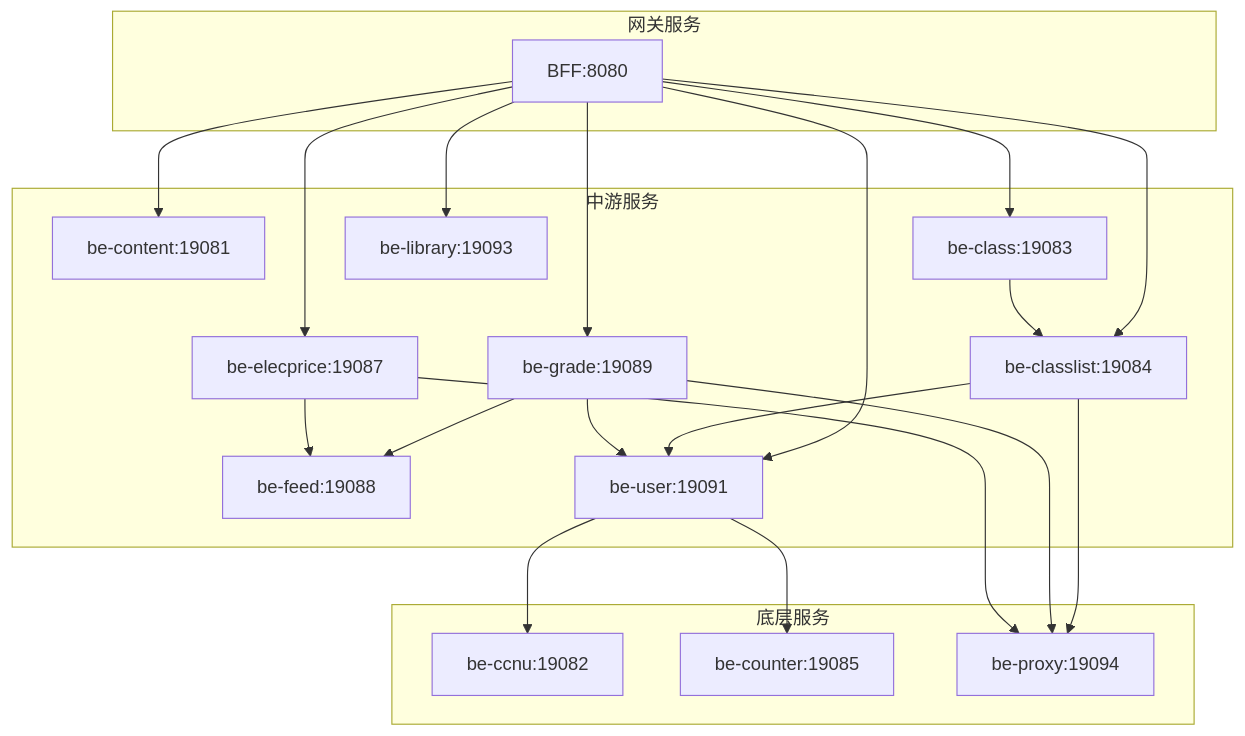
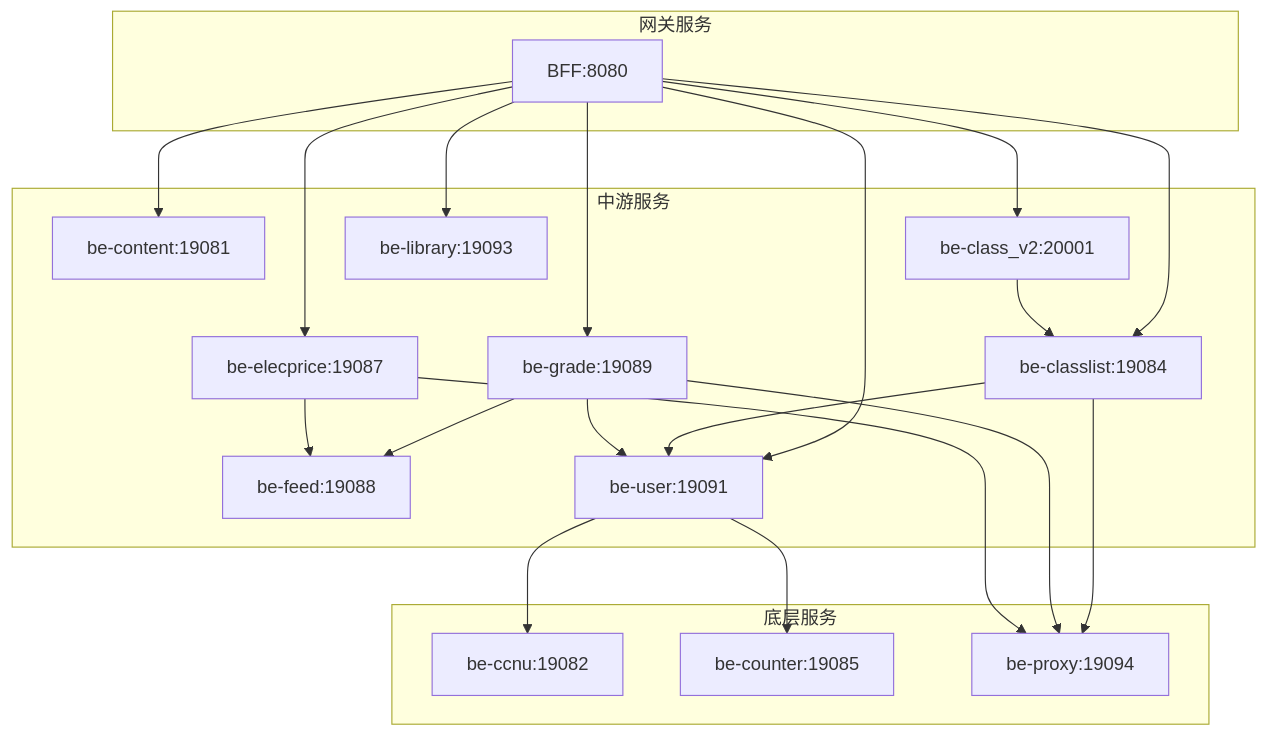
Before and after one commit to Dailiduzhou/ccnubox-be: the diagram in README.md, drawn with Mermaid. The commit also changed other lines of this file and 80 other files, not shown here.

````diff
--- a/README.md
+++ b/README.md
@@ -105,45 +105,45 @@
 ```mermaid
 graph TD
     subgraph TopService ["网关服务"]
         bff_node["BFF:8080"]
     end
 
     subgraph MidService ["中游服务"]
         be_content["be-content:19081"]
-        be_course["be-class:19083"]
+        be_course["be-class_v2:20001"]
         be_course_list["be-classlist:19084"]
         be_grade["be-grade:19089"]
         be_elecprice["be-elecprice:19087"]
         be_feed["be-feed:19088"]
         be_user["be-user:19091"]
         be_library["be-library:19093"]
     end
 
     subgraph BotService ["底层服务"]
         be_ccnu["be-ccnu:19082"]
         be_counter["be-counter:19085"]
         be_proxy["be-proxy:19094"]
     end
 
     bff_node --> be_content
     bff_node --> be_course
     bff_node --> be_course_list
     bff_node --> be_grade
     bff_node --> be_elecprice
     bff_node --> be_user
     bff_node --> be_library
 
     be_course --> be_course_list
     be_course_list --> be_user
     be_course_list --> be_proxy
 
     be_grade --> be_feed
     be_grade --> be_user
     be_grade --> be_proxy
 
     be_elecprice --> be_feed
     be_elecprice --> be_proxy
 
     be_user --> be_ccnu
     be_user --> be_counter
 ```
````
